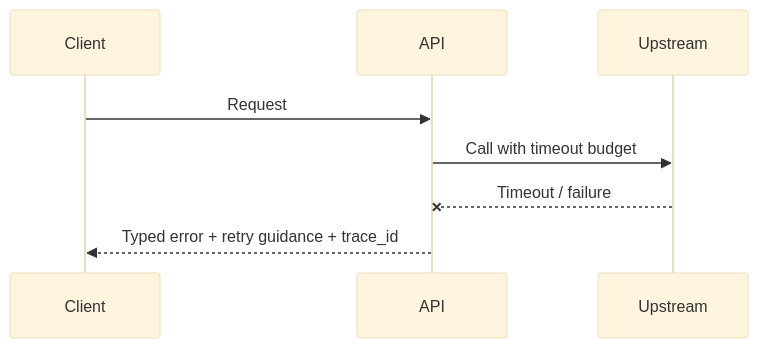
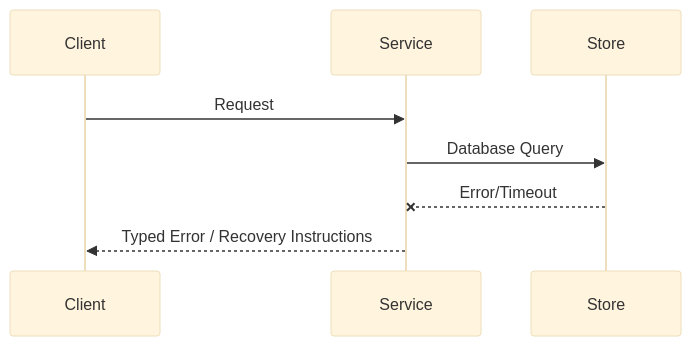
The second of 2 diagrams in .decapod/generated/specs/ARCHITECTURE.md (alexhraber/builddeck), drawn with Mermaid (base theme) before and after one commit. The commit also changed other lines of this file and 15 other files, not shown here.

````diff
--- a/.decapod/generated/specs/ARCHITECTURE.md
+++ b/.decapod/generated/specs/ARCHITECTURE.md
@@ -104,10 +52,10 @@
 ```mermaid
 sequenceDiagram
   participant Client
-  participant API
-  participant Upstream
-  Client->>API: Request
-  API->>Upstream: Call with timeout budget
-  Upstream--xAPI: Timeout / failure
-  API-->>Client: Typed error + retry guidance + trace_id
+  participant Service
+  participant Store
+  Client->>Service: Request
+  Service->>Store: Database Query
+  Store--xService: Error/Timeout
+  Service-->>Client: Typed Error / Recovery Instructions
 ```
````
